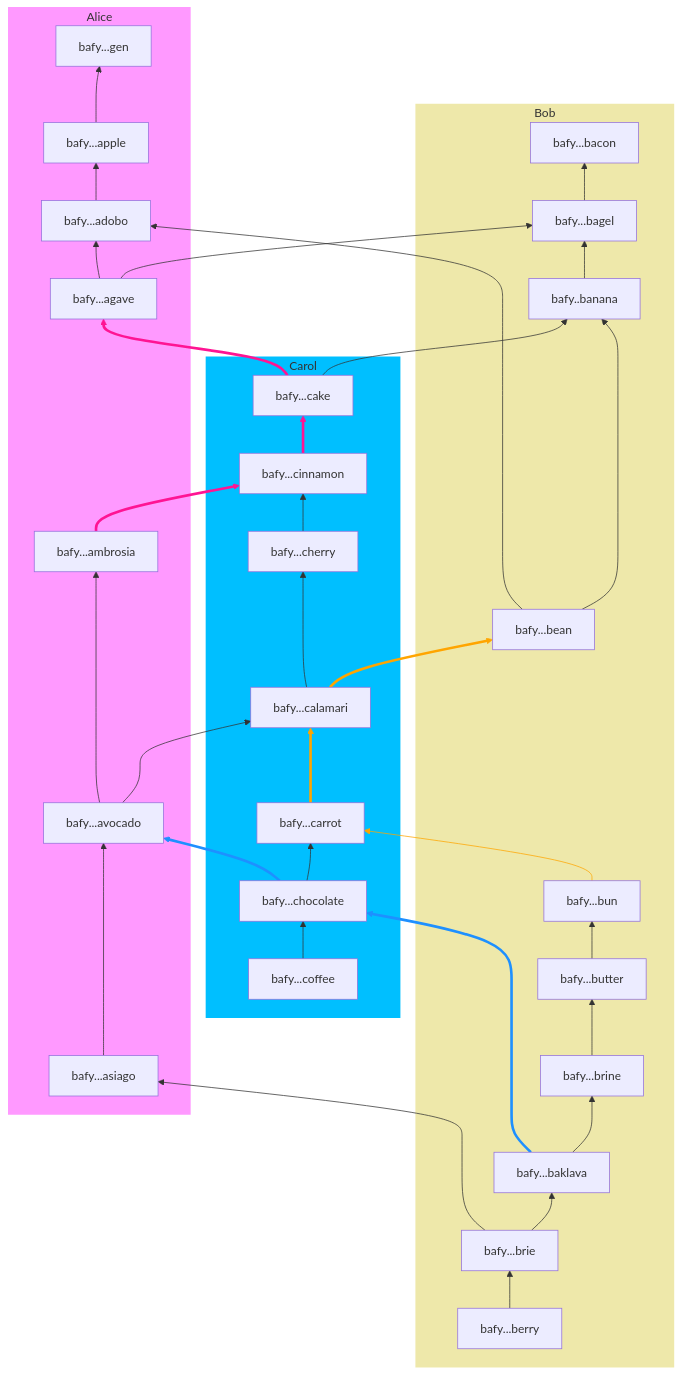
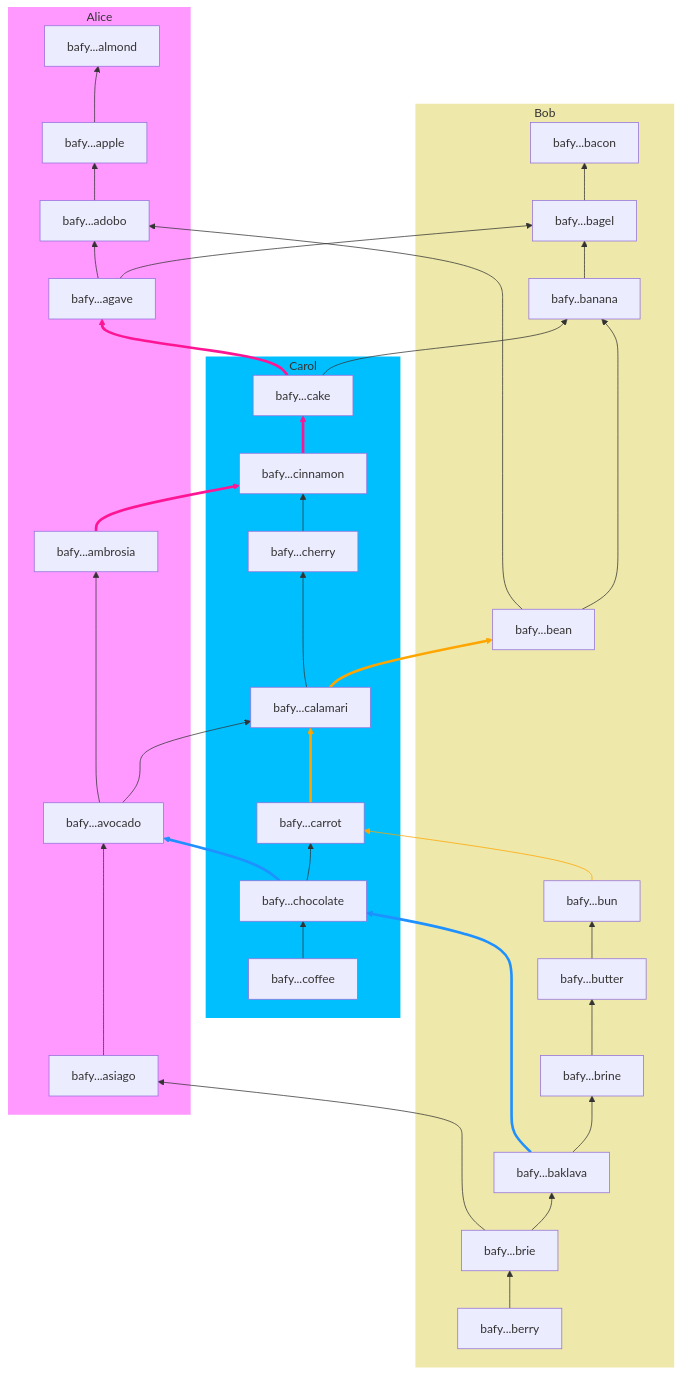
The third of 3 diagrams in README.md (RhizomeDB/spec), drawn with Mermaid before and after one commit.

Commit message:
Clarify example

```diff
--- a/README.md
+++ b/README.md
@@ -449,7 +449,7 @@
 flowchart BT
     style Alice fill:#f9f, stroke-width: 0
     subgraph Alice
-        gen[bafy...gen]
+        almond[bafy...almond]
         apple[bafy...apple]
         adobo[bafy...adobo]
         agave[bafy...agave]
@@ -483,7 +483,7 @@
       coffee[bafy...coffee]
     end
 
-    apple --> gen
+    apple --> almond
     adobo --> apple
     agave --> bagel
     agave --> adobo
@@ -515,7 +515,7 @@
     baklava ==> chocolate
 
     %% Layout hacks
-        bacon ~~~ gen
+        bacon ~~~ almond
 
     %% Transative Path Styles
         %% baklava -> chocolate -> avodcado
```
